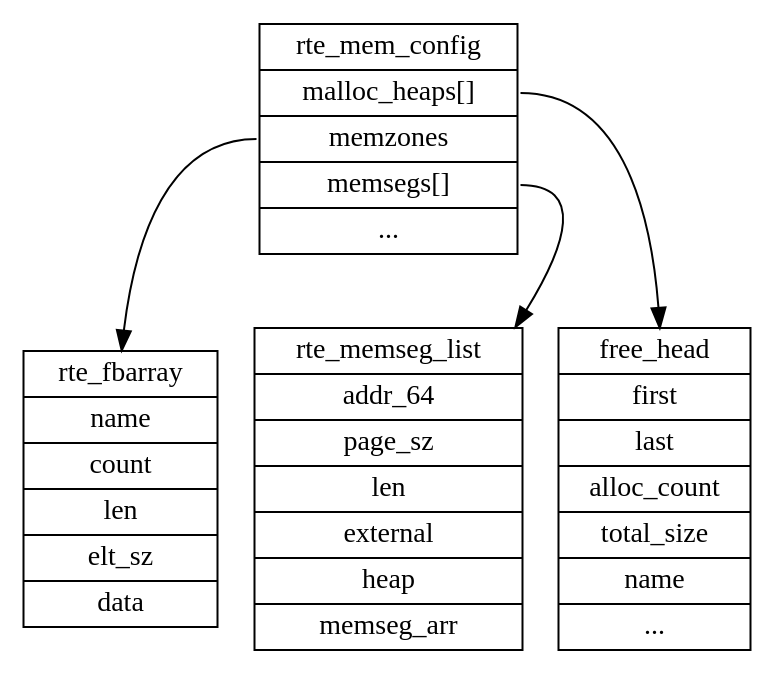
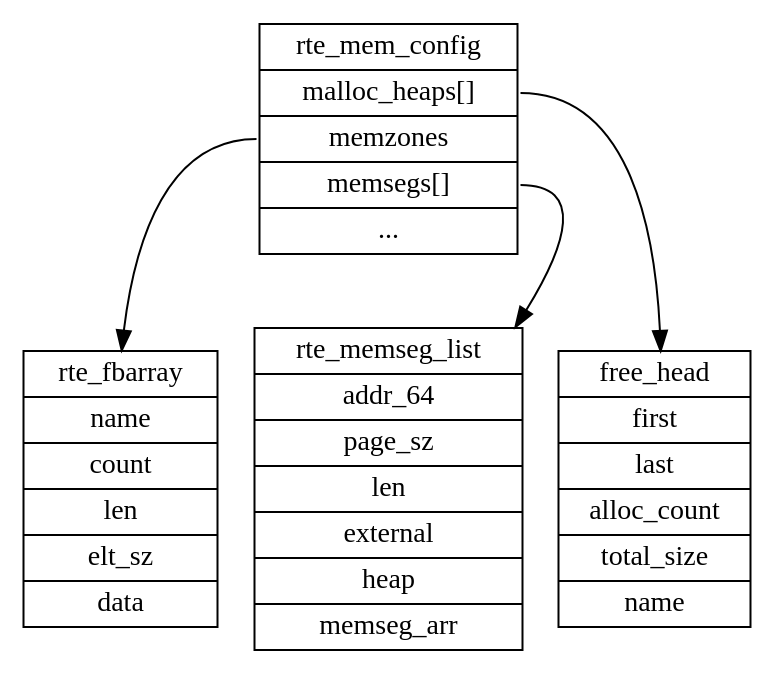
The diagram in dpdk/内存管理.md (sisyphus1212/note), drawn with Graphviz before and after one commit.

Commit message:
auto_update

````diff
--- a/dpdk/内存管理.md
+++ b/dpdk/内存管理.md
@@ -16,52 +16,51 @@
 ```graphviz
 digraph {
 	rte_mem_config[
 		label = "{
 		<f0>rte_mem_config|
         <f1>malloc_heaps[]|
 		<f2>memzones|
 		<f3>memsegs[]|
 		<f4>...
 		}",
 		shape = "record"
 	];
 	rte_fbarray[
 		label = "{
 		rte_fbarray|
         name|
 		count|
 		len|
 		elt_sz|
 		data
 		}",
 		shape = "record"
 	];
 	rte_memseg_list[
 		label = "{
 		<f0>rte_memseg_list|
 		<f1>addr_64|
 		<f2>page_sz|
 		<f3>len|
 		<f4>external|
 		<f5>heap |
 		<f6>memseg_arr
 		}",
 		shape = "record"
 	];
 	malloc_heap[
 		label = "{
 		free_head|
 		first|
         last|
 		alloc_count|
 		total_size|
-		name|
-		...
+		name
 		}",
 		shape = "record"
 	];
 	rte_mem_config:f1 -> malloc_heap
 	rte_mem_config:f2 -> rte_fbarray
 	rte_mem_config:f3 -> rte_memseg_list
 }
 ```
````
